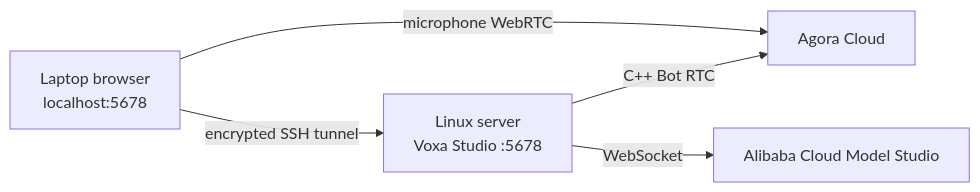
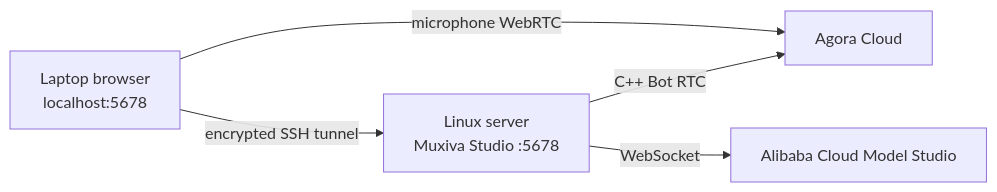
The diagram in docs/site/en/remote-studio.md (PiyotaHu/Voxa), drawn with Mermaid before and after one commit. The commit also changed other lines of this file and 509 other files, not shown here.

````diff
--- a/docs/site/en/remote-studio.md
+++ b/docs/site/en/remote-studio.md
@@ -7,7 +7,7 @@
 ```mermaid
 flowchart LR
-    B["Laptop browser<br/>localhost:5678"] -->|"encrypted SSH tunnel"| S["Linux server<br/>Voxa Studio :5678"]
+    B["Laptop browser<br/>localhost:5678"] -->|"encrypted SSH tunnel"| S["Linux server<br/>Muxiva Studio :5678"]
     B -->|"microphone WebRTC"| A["Agora Cloud"]
     S -->|"C++ Bot RTC"| A
     S -->|"WebSocket"| Q["Alibaba Cloud Model Studio"]
 ```
````
